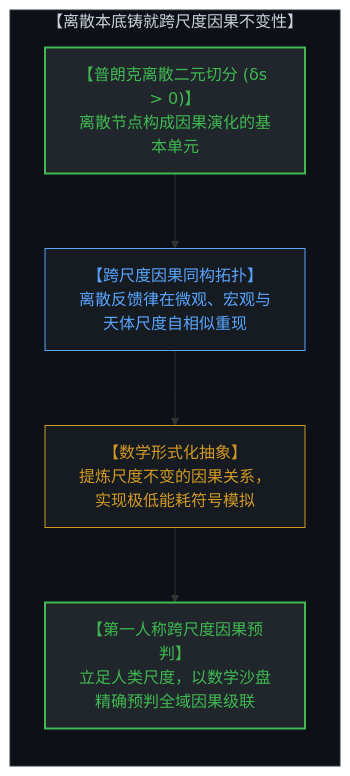
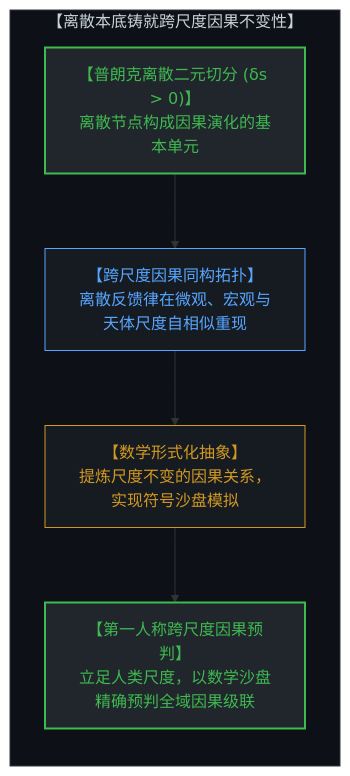
Before and after one commit to powerpig99/not-a-toe: the fifth of 6 diagrams in content/posts/the-illusion-of-the-tool-and-the-inversion-of-time.md, drawn with Mermaid. The commit also changed other lines of this file and 3 other files, not shown here.

````diff
--- a/content/posts/the-illusion-of-the-tool-and-the-inversion-of-time.md
+++ b/content/posts/the-illusion-of-the-tool-and-the-inversion-of-time.md
@@ -242,18 +247,18 @@
 ```mermaid
 graph TD
     subgraph DiscreteInvariance["【离散本底铸就跨尺度因果不变性】"]
         direction TB
         BinaryDistinction["【普朗克离散二元切分 (δs > 0)】<br>离散节点构成因果演化的基本单元"]
         ScaleInvariantTopology["【跨尺度因果同构拓扑】<br>离散反馈律在微观、宏观与天体尺度自相似重现"]
-        MathAbstraction["【数学形式化抽象】<br>提炼尺度不变的因果关系，实现极低能耗符号模拟"]
+        MathAbstraction["【数学形式化抽象】<br>提炼尺度不变的因果关系，实现符号沙盘模拟"]
         FirstPersonPrevision["【第一人称跨尺度因果预判】<br>立足人类尺度，以数学沙盘精确预判全域因果级联"]
         BinaryDistinction --> ScaleInvariantTopology
         ScaleInvariantTopology --> MathAbstraction
         MathAbstraction --> FirstPersonPrevision
     end
     style DiscreteInvariance fill:#0d1117,stroke:#30363d,stroke-width:1px,color:#c9d1d9
     style BinaryDistinction fill:#21262d,stroke:#3fb950,stroke-width:2px,color:#3fb950
     style ScaleInvariantTopology fill:#161b22,stroke:#58a6ff,stroke-width:1px,color:#58a6ff
     style MathAbstraction fill:#161b22,stroke:#d29922,stroke-width:1px,color:#d29922
     style FirstPersonPrevision fill:#21262d,stroke:#3fb950,stroke-width:2px,color:#3fb950
 ```
````
